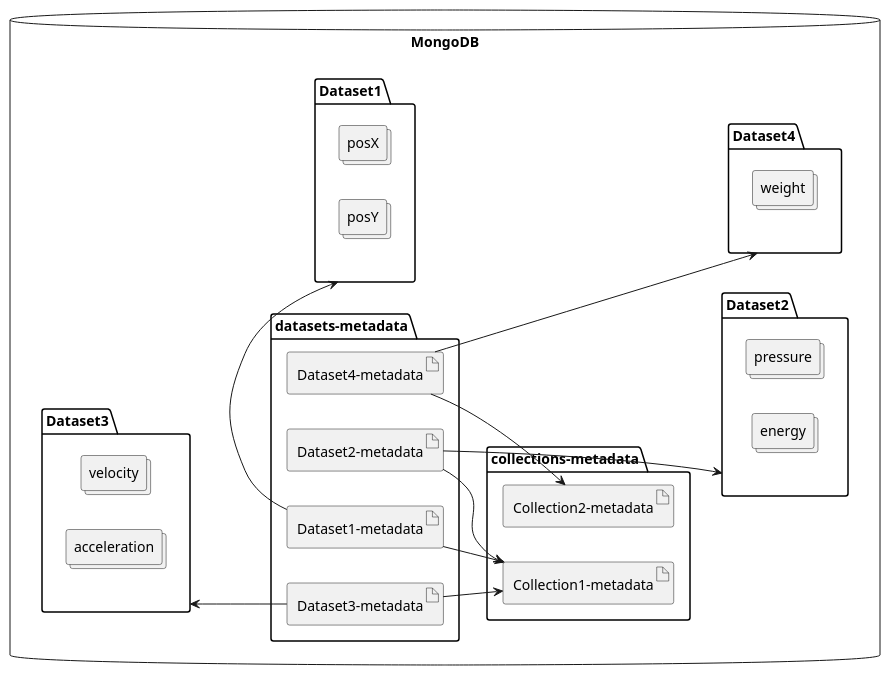
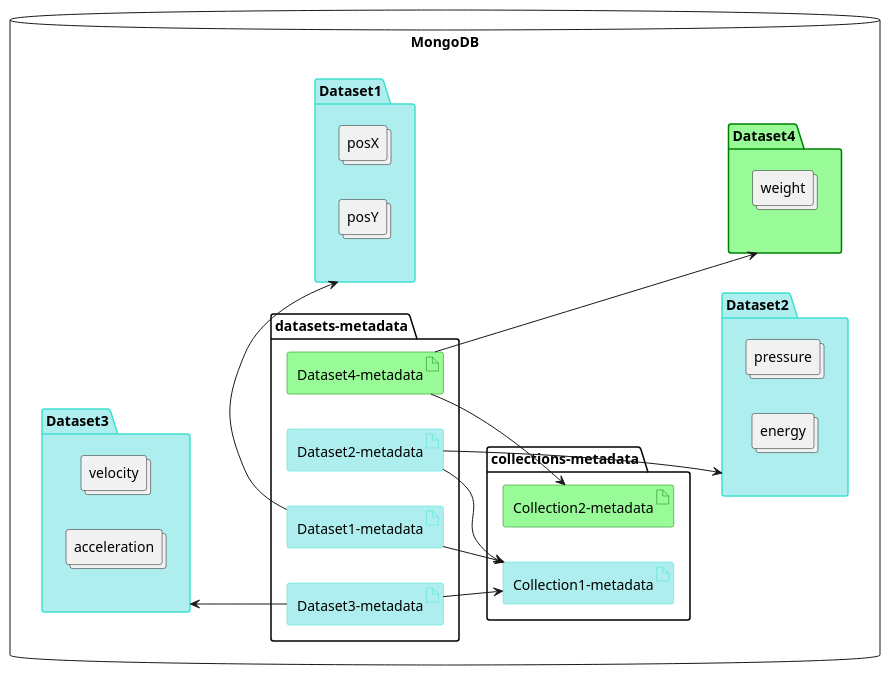
Before and after one commit to fandreuz/open-data-repository-server: the diagram in presentation/imgs/data-model.puml, drawn with PlantUML. The commit also changed 1 other file, not shown here.

```diff
--- a/presentation/imgs/data-model.puml
+++ b/presentation/imgs/data-model.puml
@@ -1,44 +1,44 @@
 @startuml
 left to right direction
 
 database MongoDB {
-    package Dataset1 {
+    package Dataset1 #paleturquoise;line:turquoise {
         collections posX
         collections posY
     }
-    package Dataset2 {
+    package Dataset2 #paleturquoise;line:turquoise {
         collections pressure
         collections energy
     }
-    package Dataset3 {
+    package Dataset3 #paleturquoise;line:turquoise {
         collections velocity
         collections acceleration
     }
-    package Dataset4 {
+    package Dataset4 #palegreen;line:green {
         collections weight
     }
 
     package "datasets-metadata" {
-        artifact "Dataset1-metadata" as dm1
-        artifact "Dataset2-metadata" as dm2
-        artifact "Dataset3-metadata" as dm3
-        artifact "Dataset4-metadata" as dm4
+        artifact "Dataset1-metadata" as dm1 #paleturquoise;line:turquoise
+        artifact "Dataset2-metadata" as dm2 #paleturquoise;line:turquoise
+        artifact "Dataset3-metadata" as dm3 #paleturquoise;line:turquoise
+        artifact "Dataset4-metadata" as dm4 #palegreen;line:green
     }
 
     package "collections-metadata" {
-        artifact "Collection1-metadata" as cm1
-        artifact "Collection2-metadata" as cm2
+        artifact "Collection1-metadata" as cm1 #paleturquoise;line:turquoise
+        artifact "Collection2-metadata" as cm2 #palegreen;line:green
     }
 }
 
 dm1 --> cm1
 dm2 --> cm1
 dm3 --> cm1
 dm4 --> cm2
 
 dm1 -l--> Dataset1
 dm2 -d--> Dataset2
 dm3 -u--> Dataset3
 dm4 -d--> Dataset4
 
 @enduml
```
